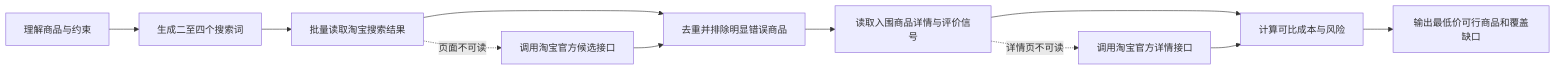
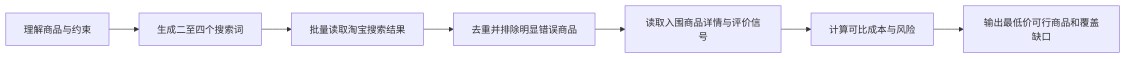
Before and after one commit to AIALRA-0/AIALRA-TAOBAO-PRICE-RESEARCH: the diagram in .agents/skills/taobao-price-research/SKILL.md, drawn with Mermaid. The commit also changed other lines of this file and 13 other files, not shown here.

````diff
--- a/.agents/skills/taobao-price-research/SKILL.md
+++ b/.agents/skills/taobao-price-research/SKILL.md
@@ -32,13 +32,9 @@
 ```mermaid
 flowchart LR
     A["理解商品与约束"] --> B["生成二至四个搜索词"]
     B --> C["批量读取淘宝搜索结果"]
-    C -. "页面不可读" .-> D["调用淘宝官方候选接口"]
-    C --> E["去重并排除明显错误商品"]
-    D --> E
-    E --> F["读取入围商品详情与评价信号"]
-    F -. "详情页不可读" .-> G["调用淘宝官方详情接口"]
-    F --> H["计算可比成本与风险"]
-    G --> H
-    H --> I["输出最低价可行商品和覆盖缺口"]
+    C --> D["去重并排除明显错误商品"]
+    D --> E["读取入围商品详情与评价信号"]
+    E --> F["计算可比成本与风险"]
+    F --> G["输出最低价可行商品和覆盖缺口"]
 ```
````
